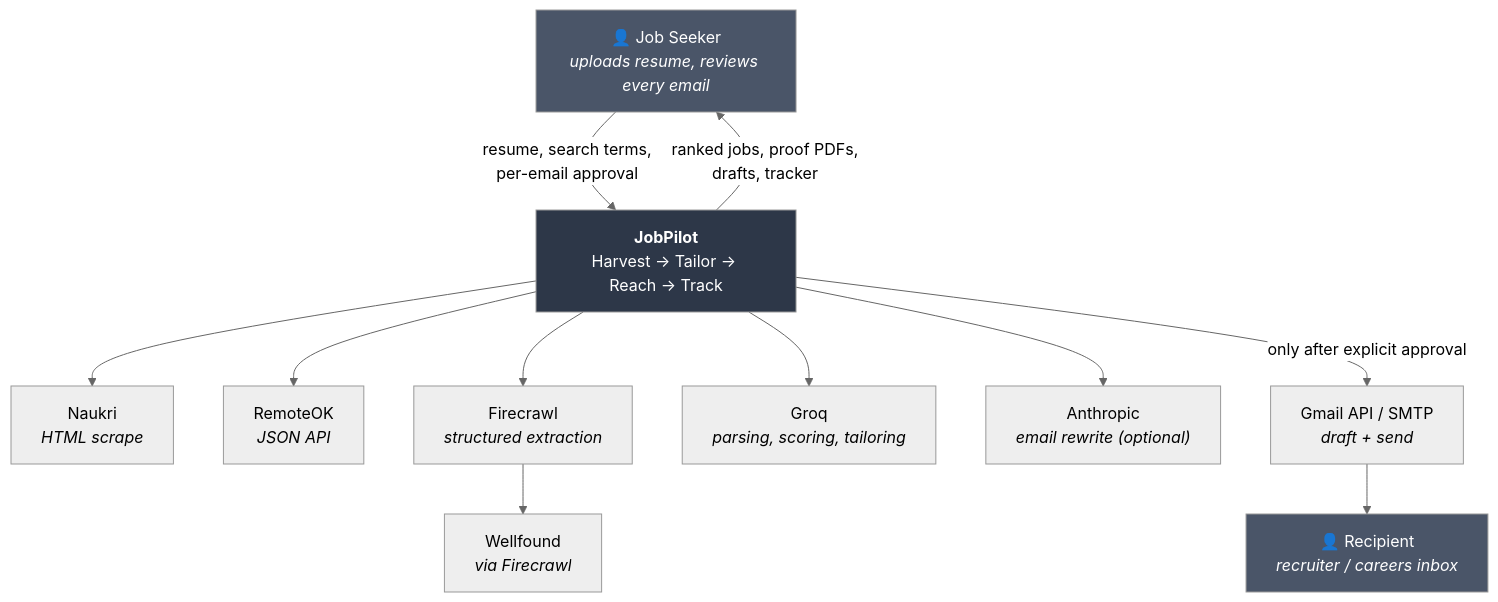
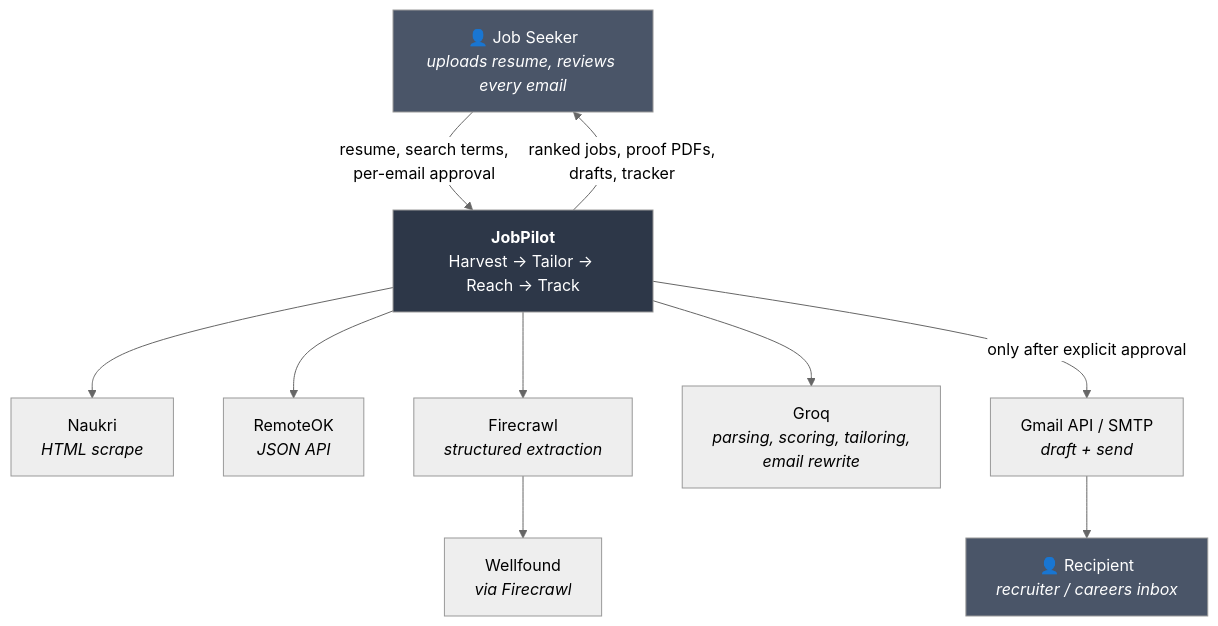
Before and after one commit to Gaurav-1008/JobPilot: the first of 5 diagrams in docs/architecture.md, drawn with Mermaid (neutral theme). The commit also changed other lines of this file and 1 other file, not shown here.

````diff
--- a/docs/architecture.md
+++ b/docs/architecture.md
@@ -85,31 +85,29 @@
 ```mermaid
 graph TB
     User["👤 Job Seeker<br/><i>uploads resume, reviews every email</i>"]
 
     JP["<b>JobPilot</b><br/>Harvest → Tailor → Reach → Track"]
 
     Naukri["Naukri<br/><i>HTML scrape</i>"]
     RemoteOK["RemoteOK<br/><i>JSON API</i>"]
     Wellfound["Wellfound<br/><i>via Firecrawl</i>"]
     Firecrawl["Firecrawl<br/><i>structured extraction</i>"]
-    Groq["Groq<br/><i>parsing, scoring, tailoring</i>"]
-    Anthropic["Anthropic<br/><i>email rewrite (optional)</i>"]
+    Groq["Groq<br/><i>parsing, scoring, tailoring,<br/>email rewrite</i>"]
     Gmail["Gmail API / SMTP<br/><i>draft + send</i>"]
     Recipient["👤 Recipient<br/><i>recruiter / careers inbox</i>"]
 
     User -->|"resume, search terms,<br/>per-email approval"| JP
     JP -->|"ranked jobs, proof PDFs,<br/>drafts, tracker"| User
 
     JP --> Naukri
     JP --> RemoteOK
     JP --> Firecrawl
     Firecrawl --> Wellfound
     JP --> Groq
-    JP --> Anthropic
     JP -->|"only after explicit approval"| Gmail
     Gmail --> Recipient
 
     style JP fill:#2d3748,color:#fff
     style User fill:#4a5568,color:#fff
     style Recipient fill:#4a5568,color:#fff
 ```
````
